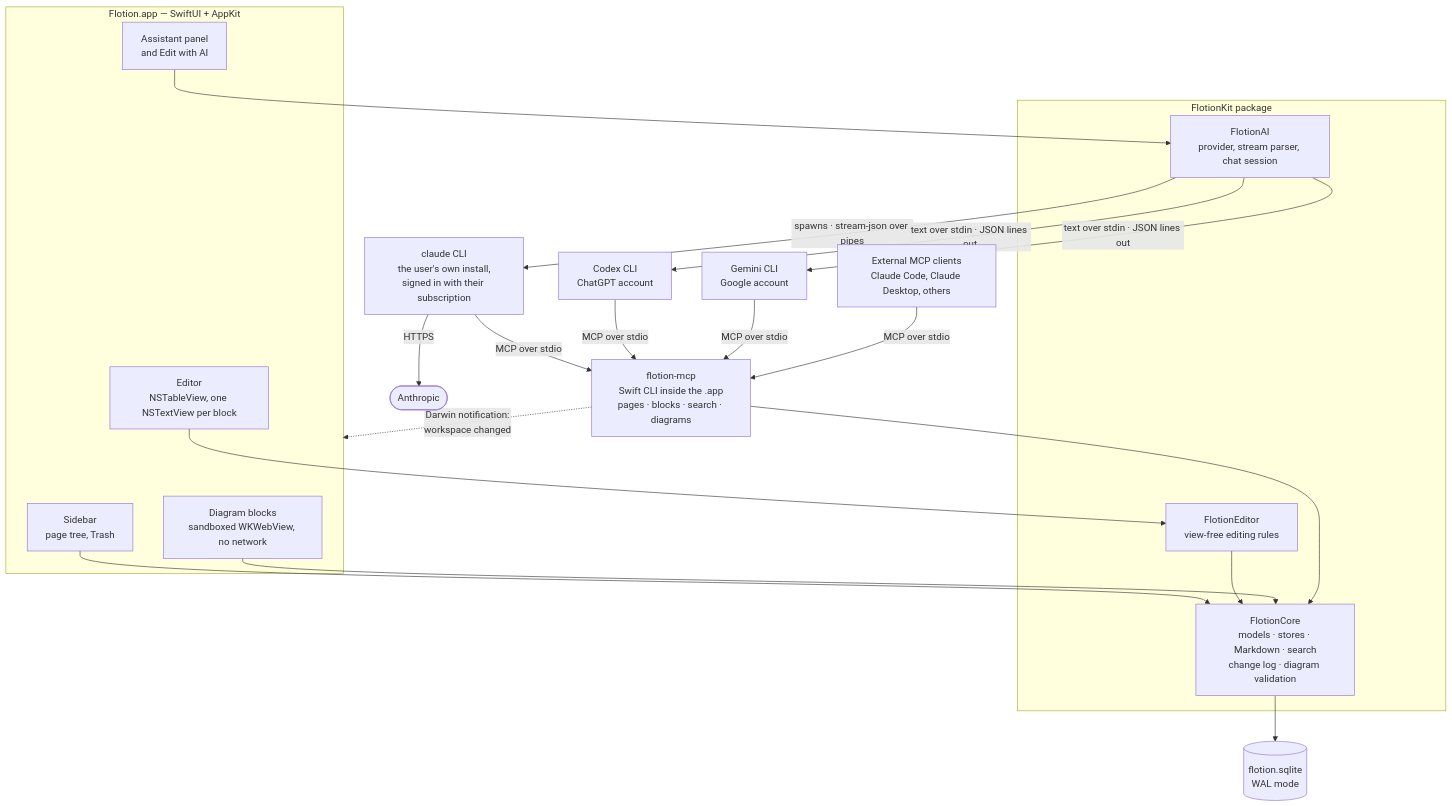
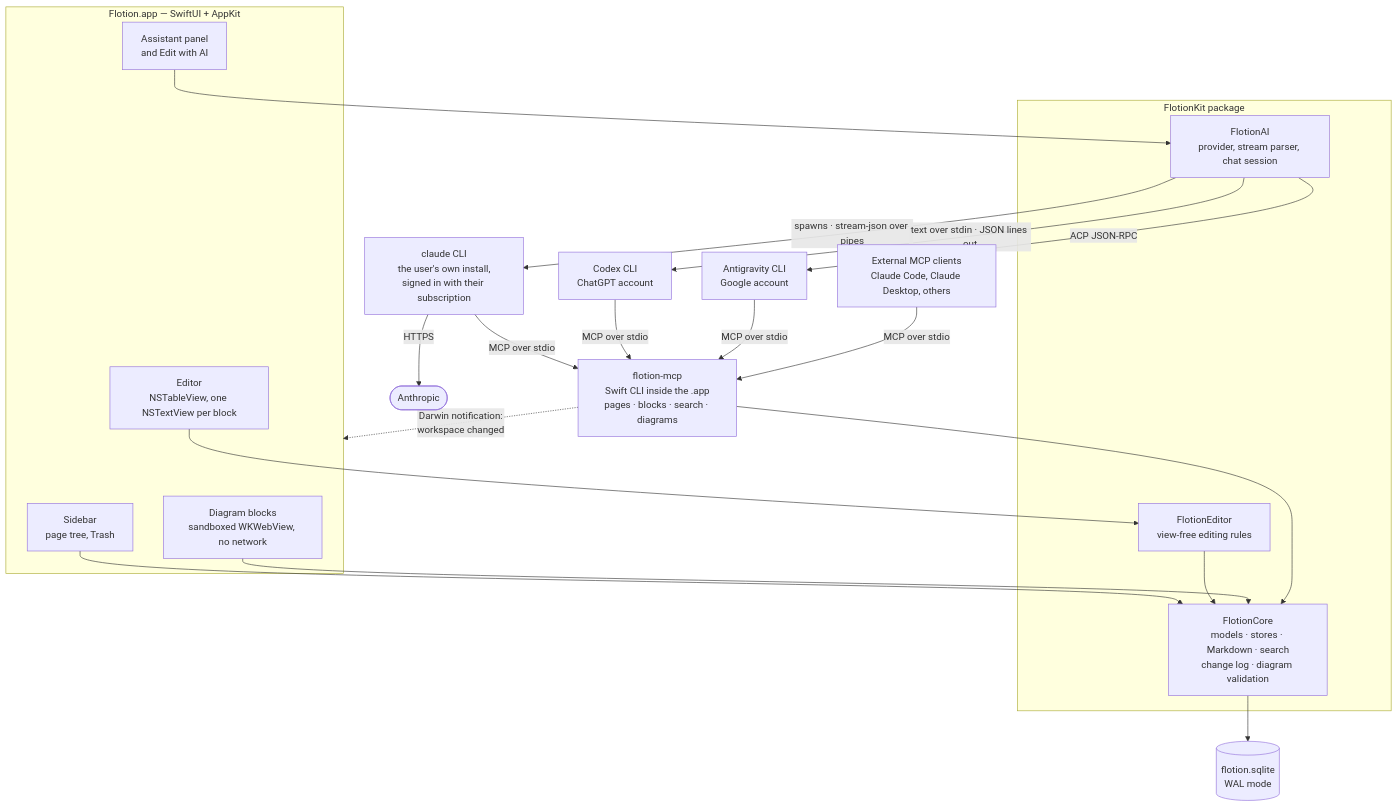
Before and after one commit to andrewv426/Flotion: the first of 2 diagrams in docs/architecture.md, drawn with Mermaid. The commit also changed other lines of this file and 11 other files, not shown here.

Commit message:
feat(ai): replace Gemini CLI with Antigravity

````diff
--- a/docs/architecture.md
+++ b/docs/architecture.md
@@ -7,41 +7,41 @@
 ```mermaid
 flowchart TB
     subgraph app["Flotion.app — SwiftUI + AppKit"]
         sidebar["Sidebar<br/>page tree, Trash"]
         editor["Editor<br/>NSTableView, one NSTextView per block"]
         diagram["Diagram blocks<br/>sandboxed WKWebView, no network"]
         panel["Assistant panel<br/>and Edit with AI"]
     end
 
     cli["claude CLI<br/>the user's own install,<br/>signed in with their subscription"]
     anthropic(["Anthropic"])
     codex["Codex CLI<br/>ChatGPT account"]
-    gemini["Gemini CLI<br/>Google account"]
+    agy["Antigravity CLI<br/>Google account"]
     external["External MCP clients<br/>Claude Code, Claude Desktop, others"]
     mcp["flotion-mcp<br/>Swift CLI inside the .app<br/>pages · blocks · search · diagrams"]
 
     subgraph kit["FlotionKit package"]
         editorlib["FlotionEditor<br/>view-free editing rules"]
         ai["FlotionAI<br/>provider, stream parser, chat session"]
         core["FlotionCore<br/>models · stores · Markdown · search<br/>change log · diagram validation"]
     end
 
     db[("flotion.sqlite<br/>WAL mode")]
 
     editor --> editorlib
     panel --> ai
     ai -- "spawns · stream-json over pipes" --> cli
     ai -- "text over stdin · JSON lines out" --> codex
-    ai -- "text over stdin · JSON lines out" --> gemini
+    ai -- "ACP JSON-RPC" --> agy
     cli -- HTTPS --> anthropic
     cli -- "MCP over stdio" --> mcp
     codex -- "MCP over stdio" --> mcp
-    gemini -- "MCP over stdio" --> mcp
+    agy -- "MCP over stdio" --> mcp
     external -- "MCP over stdio" --> mcp
     sidebar --> core
     editorlib --> core
     diagram --> core
     mcp --> core
     core --> db
     mcp -. "Darwin notification:<br/>workspace changed" .-> app
 ```
````
